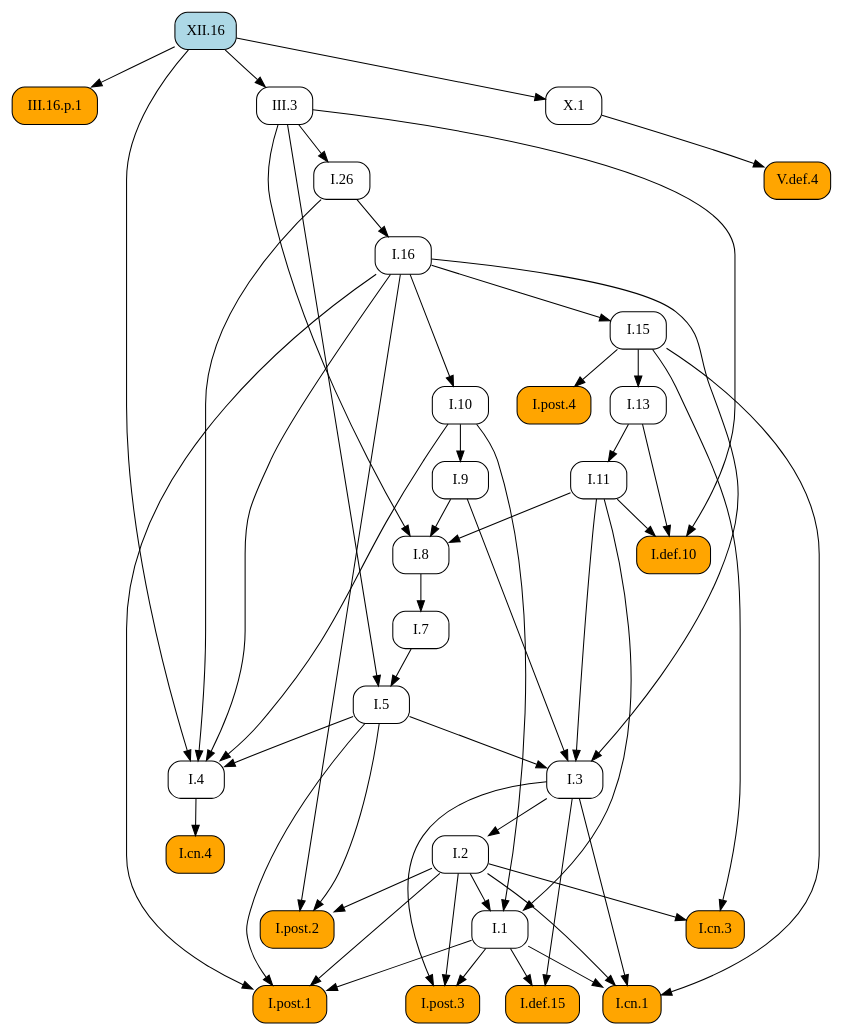
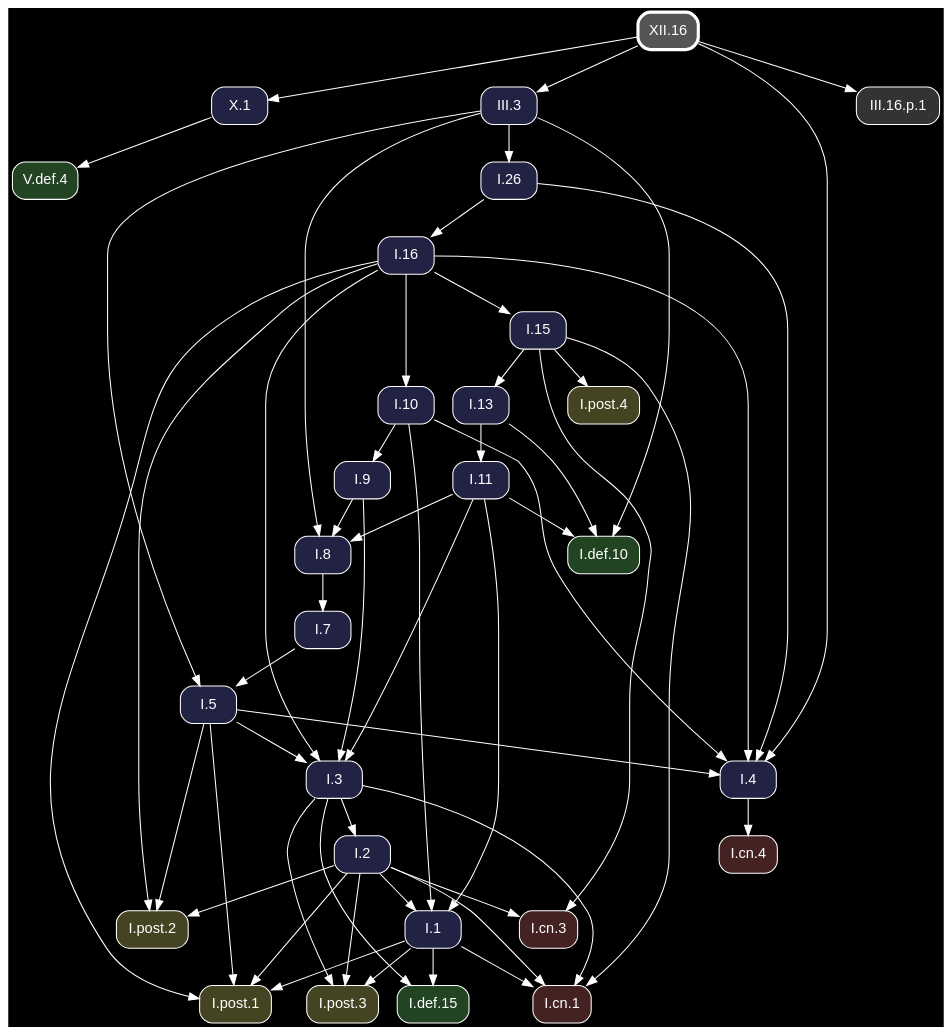
Before and after one commit to geometor/elements: the diagram in docsrc/heath/XII/16/index.rst, drawn with Graphviz. The commit also changed other lines of this file and 1200 other files, not shown here.

Commit message:
update dependency graphs

```diff
--- a/docsrc/heath/XII/16/index.rst
+++ b/docsrc/heath/XII/16/index.rst
@@ -35,87 +35,89 @@
 .. graphviz::
 
    digraph {
+     bgcolor="black";
+     node [shape=box, style="rounded,filled", fontname="Helvetica", color="white", fontcolor="white"];
+     edge [color="white", fontcolor="white"];
      rankdir="TB";
-     node [shape=box, style=rounded];
-     "I.9" [URL="/heath/I/9/", target="_top"];
-     "I.cn.1" [style="rounded,filled", fillcolor=orange, URL="/heath/I/cn.1/", target="_top"];
-     "III.16.p.1" [style="rounded,filled", fillcolor=orange];
-     "I.7" [URL="/heath/I/7/", target="_top"];
-     "I.2" [URL="/heath/I/2/", target="_top"];
-     "I.def.15" [style="rounded,filled", fillcolor=orange, URL="/heath/I/def.15/", target="_top"];
-     "XII.16" [style="rounded,filled", fillcolor=lightblue, URL="/heath/XII/16/", target="_top"];
-     "I.13" [URL="/heath/I/13/", target="_top"];
-     "I.post.4" [style="rounded,filled", fillcolor=orange, URL="/heath/I/post.4/", target="_top"];
-     "I.4" [URL="/heath/I/4/", target="_top"];
-     "I.1" [URL="/heath/I/1/", target="_top"];
-     "I.post.3" [style="rounded,filled", fillcolor=orange, URL="/heath/I/post.3/", target="_top"];
-     "I.post.1" [style="rounded,filled", fillcolor=orange, URL="/heath/I/post.1/", target="_top"];
-     "I.5" [URL="/heath/I/5/", target="_top"];
-     "I.8" [URL="/heath/I/8/", target="_top"];
-     "III.3" [URL="/heath/III/3/", target="_top"];
-     "I.cn.3" [style="rounded,filled", fillcolor=orange, URL="/heath/I/cn.3/", target="_top"];
-     "I.16" [URL="/heath/I/16/", target="_top"];
-     "I.def.10" [style="rounded,filled", fillcolor=orange, URL="/heath/I/def.10/", target="_top"];
-     "I.15" [URL="/heath/I/15/", target="_top"];
-     "I.10" [URL="/heath/I/10/", target="_top"];
-     "I.11" [URL="/heath/I/11/", target="_top"];
-     "X.1" [URL="/heath/X/1/", target="_top"];
-     "I.cn.4" [style="rounded,filled", fillcolor=orange, URL="/heath/I/cn.4/", target="_top"];
-     "I.post.2" [style="rounded,filled", fillcolor=orange, URL="/heath/I/post.2/", target="_top"];
-     "I.26" [URL="/heath/I/26/", target="_top"];
-     "I.3" [URL="/heath/I/3/", target="_top"];
-     "V.def.4" [style="rounded,filled", fillcolor=orange, URL="/heath/V/def.4/", target="_top"];
-     "I.10" -> "I.9";
+     "I.3" [fillcolor="#222244", URL="/heath/I/3/", target="_top"];
+     "V.def.4" [fillcolor="#224422", URL="/heath/V/def.4/", target="_top"];
+     "I.cn.1" [fillcolor="#442222", URL="/heath/I/cn.1/", target="_top"];
+     "I.post.1" [fillcolor="#444422", URL="/heath/I/post.1/", target="_top"];
+     "I.def.10" [fillcolor="#224422", URL="/heath/I/def.10/", target="_top"];
+     "I.15" [fillcolor="#222244", URL="/heath/I/15/", target="_top"];
+     "XII.16" [penwidth=3, color="white", fillcolor="#555555", URL="/heath/XII/16/", target="_top"];
+     "I.11" [fillcolor="#222244", URL="/heath/I/11/", target="_top"];
+     "I.16" [fillcolor="#222244", URL="/heath/I/16/", target="_top"];
+     "I.cn.3" [fillcolor="#442222", URL="/heath/I/cn.3/", target="_top"];
+     "I.13" [fillcolor="#222244", URL="/heath/I/13/", target="_top"];
+     "I.2" [fillcolor="#222244", URL="/heath/I/2/", target="_top"];
+     "I.post.2" [fillcolor="#444422", URL="/heath/I/post.2/", target="_top"];
+     "I.cn.4" [fillcolor="#442222", URL="/heath/I/cn.4/", target="_top"];
+     "I.9" [fillcolor="#222244", URL="/heath/I/9/", target="_top"];
+     "X.1" [fillcolor="#222244", URL="/heath/X/1/", target="_top"];
+     "I.1" [fillcolor="#222244", URL="/heath/I/1/", target="_top"];
+     "III.3" [fillcolor="#222244", URL="/heath/III/3/", target="_top"];
+     "I.post.4" [fillcolor="#444422", URL="/heath/I/post.4/", target="_top"];
+     "I.26" [fillcolor="#222244", URL="/heath/I/26/", target="_top"];
+     "I.8" [fillcolor="#222244", URL="/heath/I/8/", target="_top"];
+     "I.4" [fillcolor="#222244", URL="/heath/I/4/", target="_top"];
+     "I.post.3" [fillcolor="#444422", URL="/heath/I/post.3/", target="_top"];
+     "I.7" [fillcolor="#222244", URL="/heath/I/7/", target="_top"];
+     "I.def.15" [fillcolor="#224422", URL="/heath/I/def.15/", target="_top"];
+     "I.5" [fillcolor="#222244", URL="/heath/I/5/", target="_top"];
+     "III.16.p.1" [fillcolor="#333333"];
+     "I.10" [fillcolor="#222244", URL="/heath/I/10/", target="_top"];
+     "I.5" -> "I.3";
+     "I.9" -> "I.3";
+     "I.11" -> "I.3";
+     "I.16" -> "I.3";
+     "X.1" -> "V.def.4";
      "I.1" -> "I.cn.1";
      "I.2" -> "I.cn.1";
      "I.3" -> "I.cn.1";
      "I.15" -> "I.cn.1";
-     "XII.16" -> "III.16.p.1";
-     "I.8" -> "I.7";
+     "I.1" -> "I.post.1";
+     "I.2" -> "I.post.1";
+     "I.5" -> "I.post.1";
+     "I.16" -> "I.post.1";
+     "I.11" -> "I.def.10";
+     "I.13" -> "I.def.10";
+     "III.3" -> "I.def.10";
+     "I.16" -> "I.15";
+     "I.13" -> "I.11";
+     "I.26" -> "I.16";
+     "I.2" -> "I.cn.3";
+     "I.15" -> "I.cn.3";
+     "I.15" -> "I.13";
      "I.3" -> "I.2";
-     "I.1" -> "I.def.15";
-     "I.3" -> "I.def.15";
-     "I.15" -> "I.13";
+     "I.2" -> "I.post.2";
+     "I.5" -> "I.post.2";
+     "I.16" -> "I.post.2";
+     "I.4" -> "I.cn.4";
+     "I.10" -> "I.9";
+     "XII.16" -> "X.1";
+     "I.2" -> "I.1";
+     "I.10" -> "I.1";
+     "I.11" -> "I.1";
+     "XII.16" -> "III.3";
      "I.15" -> "I.post.4";
+     "III.3" -> "I.26";
+     "I.9" -> "I.8";
+     "I.11" -> "I.8";
+     "III.3" -> "I.8";
      "I.5" -> "I.4";
      "I.10" -> "I.4";
      "I.16" -> "I.4";
      "I.26" -> "I.4";
      "XII.16" -> "I.4";
-     "I.2" -> "I.1";
-     "I.10" -> "I.1";
-     "I.11" -> "I.1";
      "I.1" -> "I.post.3";
      "I.2" -> "I.post.3";
      "I.3" -> "I.post.3";
-     "I.1" -> "I.post.1";
-     "I.2" -> "I.post.1";
-     "I.5" -> "I.post.1";
-     "I.16" -> "I.post.1";
+     "I.8" -> "I.7";
+     "I.1" -> "I.def.15";
+     "I.3" -> "I.def.15";
      "I.7" -> "I.5";
      "III.3" -> "I.5";
-     "I.9" -> "I.8";
-     "I.11" -> "I.8";
-     "III.3" -> "I.8";
-     "XII.16" -> "III.3";
-     "I.2" -> "I.cn.3";
-     "I.15" -> "I.cn.3";
-     "I.26" -> "I.16";
-     "I.11" -> "I.def.10";
-     "I.13" -> "I.def.10";
-     "III.3" -> "I.def.10";
-     "I.16" -> "I.15";
+     "XII.16" -> "III.16.p.1";
      "I.16" -> "I.10";
-     "I.13" -> "I.11";
-     "XII.16" -> "X.1";
-     "I.4" -> "I.cn.4";
-     "I.2" -> "I.post.2";
-     "I.5" -> "I.post.2";
-     "I.16" -> "I.post.2";
-     "III.3" -> "I.26";
-     "I.5" -> "I.3";
-     "I.9" -> "I.3";
-     "I.11" -> "I.3";
-     "I.16" -> "I.3";
-     "X.1" -> "V.def.4";
    }
```
